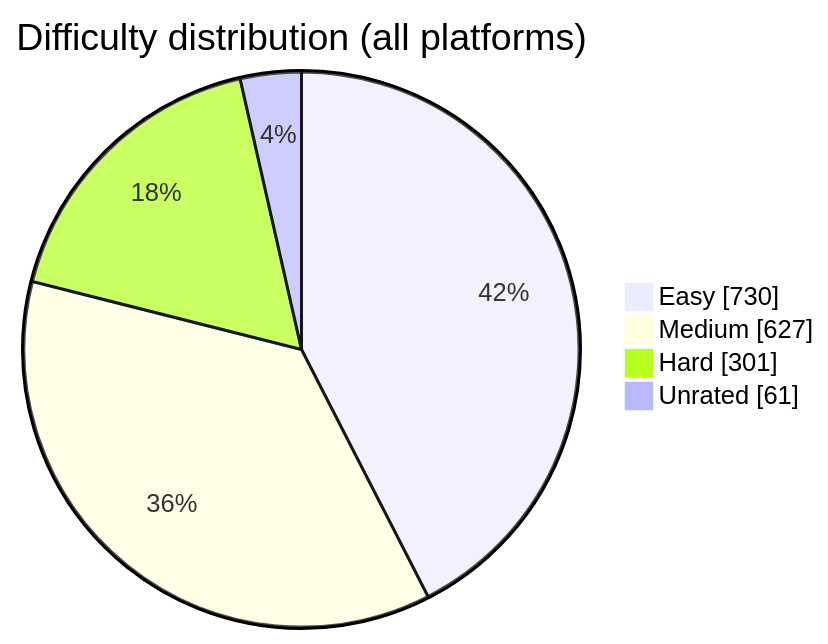
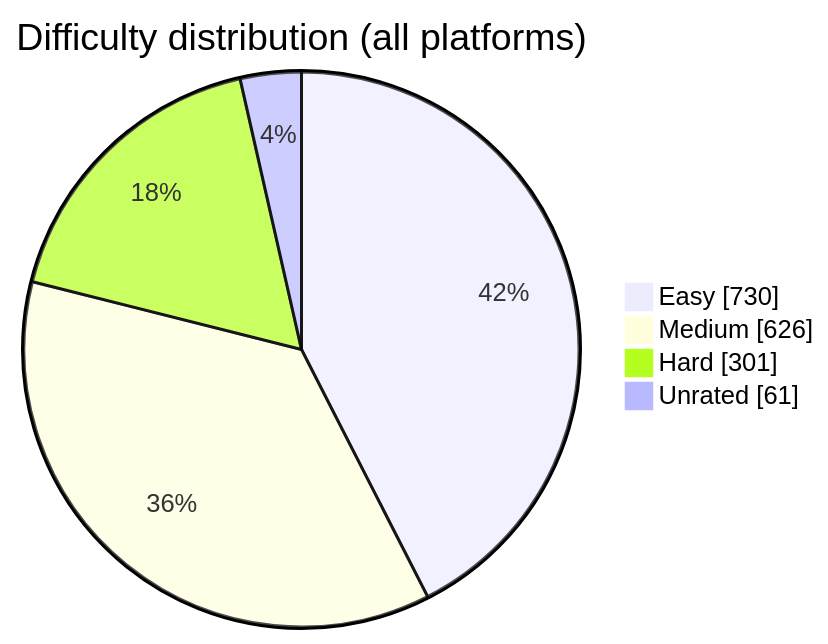
One commit to BuildbyArindam/Daily-Coding-Log changed the diagram in README.md. Above: the diagram before and after it, drawn with Mermaid. The commit also changed other lines of this file, not shown here.

````diff
--- a/README.md
+++ b/README.md
@@ -93,7 +93,7 @@
 ```mermaid
 pie showData title Difficulty distribution (all platforms)
     "Easy" : 730
-    "Medium" : 627
+    "Medium" : 626
     "Hard" : 301
     "Unrated" : 61
 ```
````
